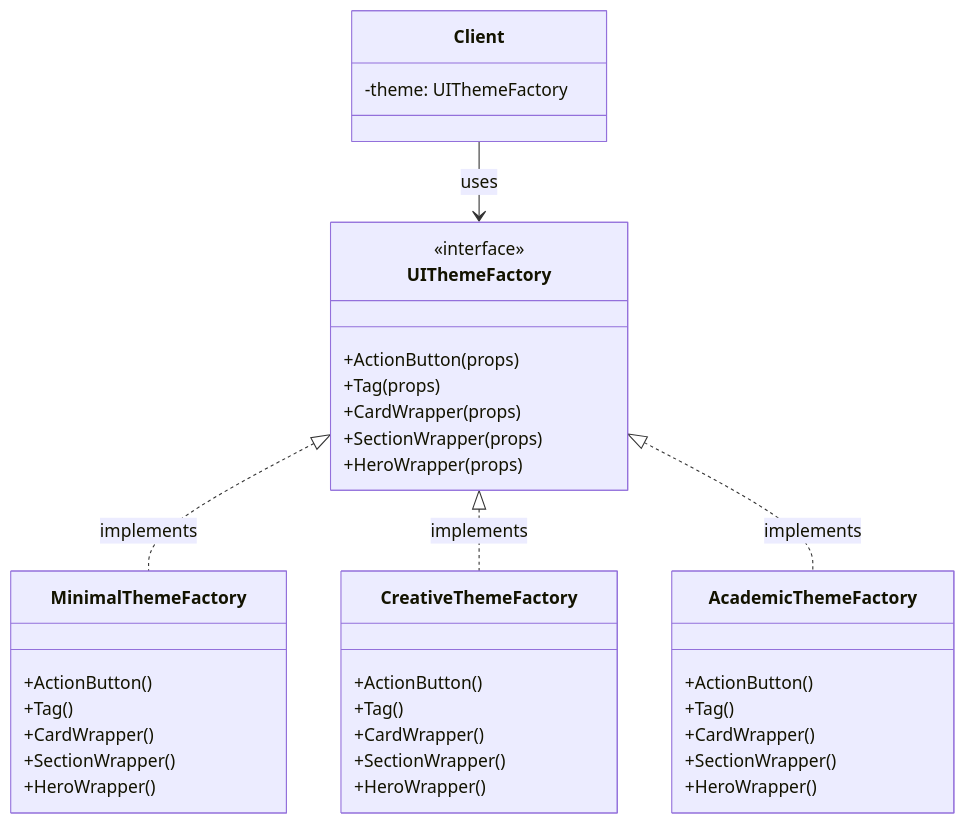
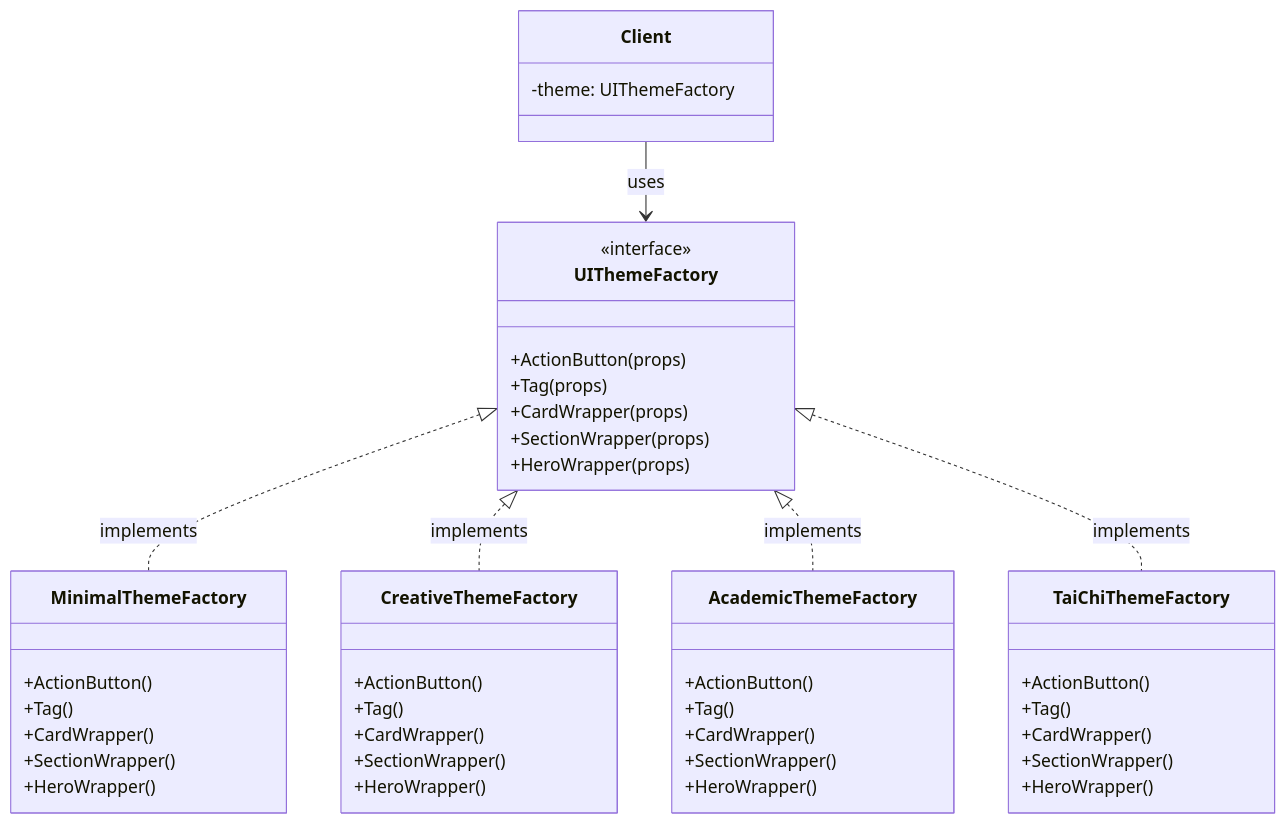
One commit to TaiChi112/TYPESCRIPT changed the first of 4 diagrams in NextJs/gemini_test/design/diagram/abstract_factory.md. Above: the diagram before and after it, drawn with Mermaid. The commit also changed other lines of this file, not shown here.

Commit message:
feat: extend UIThemeFactory and add TaiChiThemeFactory with new product methods

````diff
--- a/NextJs/gemini_test/design/diagram/abstract_factory.md
+++ b/NextJs/gemini_test/design/diagram/abstract_factory.md
@@ -1,45 +1,53 @@
 ```mermaid
 classDiagram
     class UIThemeFactory {
         <<interface>>
         +ActionButton(props)
         +Tag(props)
         +CardWrapper(props)
         +SectionWrapper(props)
         +HeroWrapper(props)
     }
 
     class MinimalThemeFactory {
         +ActionButton()
         +Tag()
         +CardWrapper()
         +SectionWrapper()
         +HeroWrapper()
     }
 
     class CreativeThemeFactory {
         +ActionButton()
         +Tag()
         +CardWrapper()
         +SectionWrapper()
         +HeroWrapper()
     }
 
     class AcademicThemeFactory {
         +ActionButton()
         +Tag()
         +CardWrapper()
         +SectionWrapper()
         +HeroWrapper()
     }
+    class TaiChiThemeFactory {
+        +ActionButton()
+        +Tag()
+        +CardWrapper()
+        +SectionWrapper()
+        +HeroWrapper()
+    }
 
     UIThemeFactory <|.. MinimalThemeFactory : implements
     UIThemeFactory <|.. CreativeThemeFactory : implements
     UIThemeFactory <|.. AcademicThemeFactory : implements
+    UIThemeFactory <|.. TaiChiThemeFactory : implements 
 
     class Client {
         -theme: UIThemeFactory
     }
 
     Client --> UIThemeFactory : uses
 ```
````
